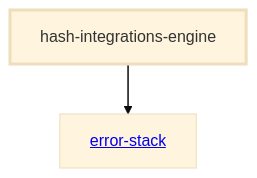
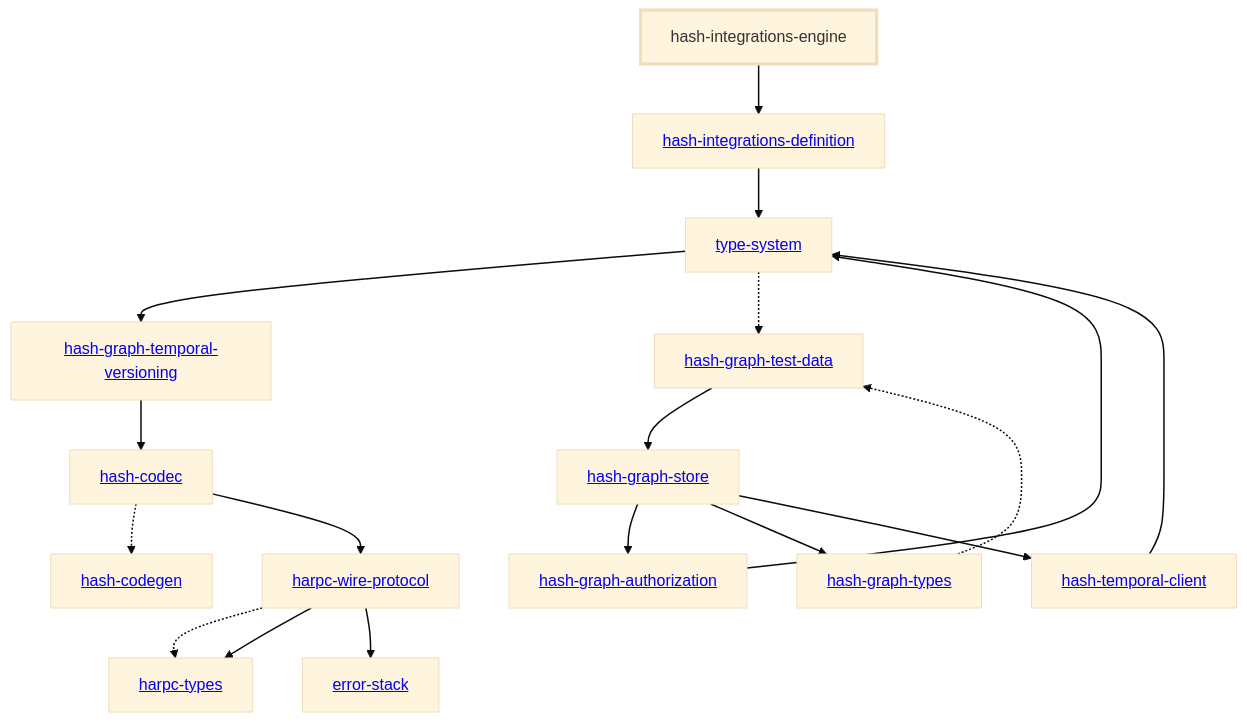
Before and after one commit to hashintel/hash: the diagram in libs/@local/integrations/engine/docs/dependency-diagram.mmd, drawn with Mermaid (base theme). The commit also changed 19 other files, not shown here.

```diff
--- a/libs/@local/integrations/engine/docs/dependency-diagram.mmd
+++ b/libs/@local/integrations/engine/docs/dependency-diagram.mmd
@@ -1,14 +1,42 @@
 graph TD
     linkStyle default stroke-width:1.5px
     classDef default stroke-width:1px
     classDef root stroke-width:3px
     classDef dev stroke-width:1px
     classDef build stroke-width:1px
     %% Legend
     %% --> : Normal dependency
     %% -.-> : Dev dependency
     %% ---> : Build dependency
-    0[hash-integrations-engine]
-    class 0 root
-    1[<a href="../error_stack/index.html">error-stack</a>]
-    0 --> 1
+    0[<a href="../type_system/index.html">type-system</a>]
+    1[<a href="../hash_codec/index.html">hash-codec</a>]
+    2[<a href="../hash_codegen/index.html">hash-codegen</a>]
+    3[<a href="../hash_graph_authorization/index.html">hash-graph-authorization</a>]
+    4[<a href="../hash_graph_store/index.html">hash-graph-store</a>]
+    5[<a href="../hash_graph_temporal_versioning/index.html">hash-graph-temporal-versioning</a>]
+    6[<a href="../hash_graph_types/index.html">hash-graph-types</a>]
+    7[<a href="../harpc_types/index.html">harpc-types</a>]
+    8[<a href="../harpc_wire_protocol/index.html">harpc-wire-protocol</a>]
+    9[<a href="../hash_integrations_definition/index.html">hash-integrations-definition</a>]
+    10[hash-integrations-engine]
+    class 10 root
+    11[<a href="../hash_temporal_client/index.html">hash-temporal-client</a>]
+    12[<a href="../error_stack/index.html">error-stack</a>]
+    13[<a href="../hash_graph_test_data/index.html">hash-graph-test-data</a>]
+    0 --> 5
+    0 -.-> 13
+    1 -.-> 2
+    1 --> 8
+    3 --> 0
+    4 --> 3
+    4 --> 6
+    4 --> 11
+    5 --> 1
+    6 -.-> 13
+    8 -.-> 7
+    8 --> 7
+    8 --> 12
+    9 --> 0
+    10 --> 9
+    11 --> 0
+    13 --> 4
```
